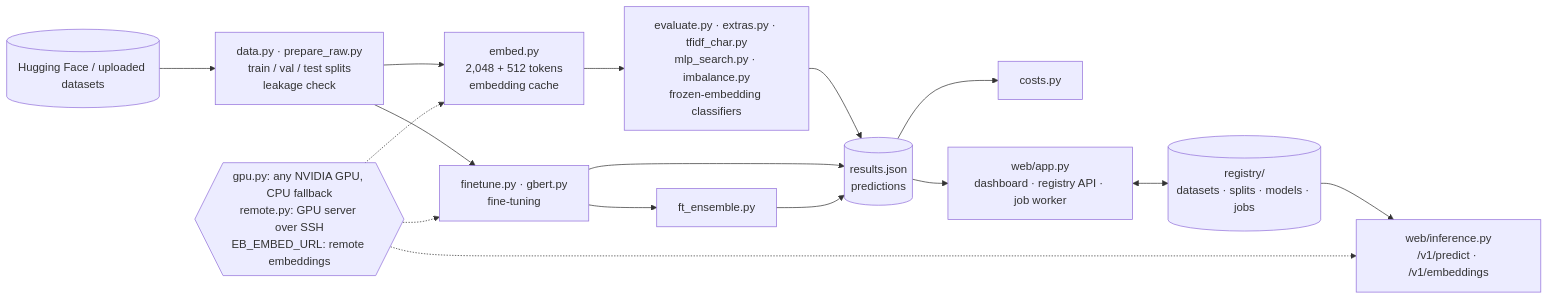
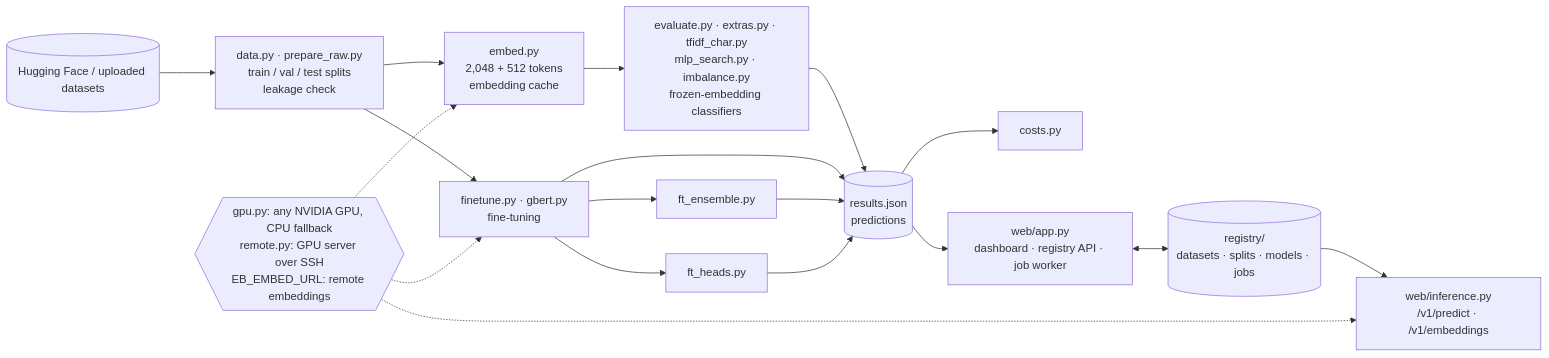
The diagram in README.md (gorzalniksamuel/EmbeddingsBench), drawn with Mermaid before and after one commit. The commit also changed other lines of this file and 39 other files, not shown here.

````diff
--- a/README.md
+++ b/README.md
@@ -66,14 +70,15 @@
 ```mermaid
 flowchart LR
   HF[(Hugging Face / uploaded datasets)] --> D[data.py · prepare_raw.py<br/>train / val / test splits<br/>leakage check]
   D --> E[embed.py<br/>2,048 + 512 tokens<br/>embedding cache]
   E --> EV[evaluate.py · extras.py · tfidf_char.py<br/>mlp_search.py · imbalance.py<br/>frozen-embedding classifiers]
   D --> F[finetune.py · gbert.py<br/>fine-tuning]
   F --> FE[ft_ensemble.py]
-  EV & F & FE --> R[(results.json<br/>predictions)]
+  F --> FH[ft_heads.py]
+  EV & F & FE & FH --> R[(results.json<br/>predictions)]
   R --> C[costs.py]
   R --> W[web/app.py<br/>dashboard · registry API · job worker]
   W <--> REG[(registry/<br/>datasets · splits · models · jobs)]
   REG --> I[web/inference.py<br/>/v1/predict · /v1/embeddings]
   G{{gpu.py: any NVIDIA GPU, CPU fallback<br/>remote.py: GPU server over SSH<br/>EB_EMBED_URL: remote embeddings}} -.-> E & F & I
 ```
````
